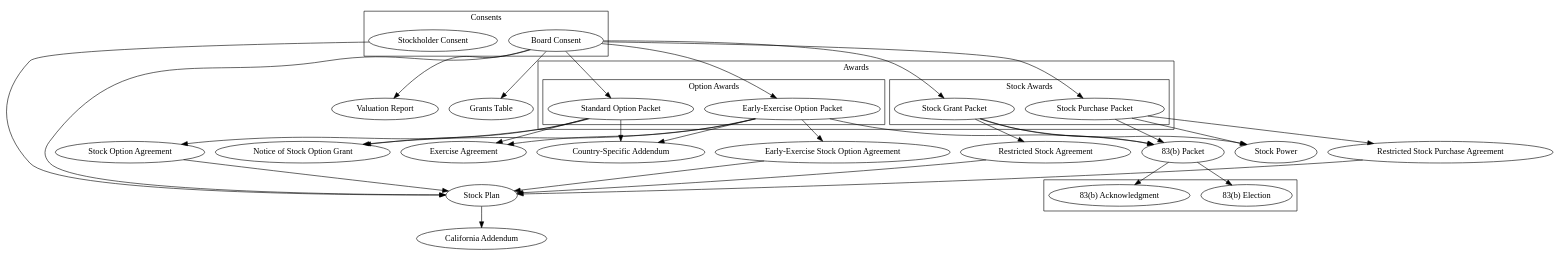
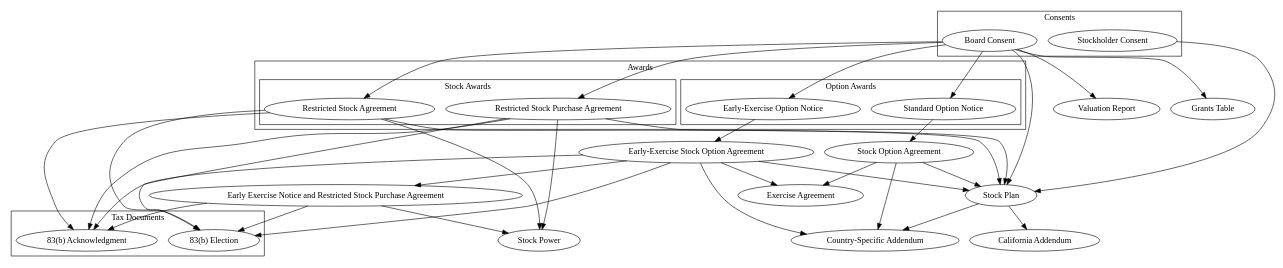
Before and after one commit to kemitchell/stock-plan-graph: the diagram in stock-plan.dot, drawn with Graphviz.

Commit message:
Review and restructure

```diff
--- a/stock-plan.dot
+++ b/stock-plan.dot
@@ -1,75 +1,76 @@
 digraph stockplan {
 
   subgraph cluster_consents {
     label="Consents";
     graph[style=solid];
     "Board Consent";
     "Stockholder Consent";
   }
 
   subgraph cluster_awards {
     label="Awards";
     graph[style=solid];
 
     subgraph cluster_options {
       label="Option Awards";
       graph[style=solid];
-      "Early-Exercise Option Packet";
-      "Standard Option Packet";
+      "Early-Exercise Option Notice";
+      "Standard Option Notice";
     }
 
     subgraph cluster_stock {
       label="Stock Awards";
       graph[style=solid];
-      "Stock Grant Packet";
-      "Stock Purchase Packet";
+      "Restricted Stock Purchase Agreement";
+      "Restricted Stock Agreement";
     }
   }
 
   subgraph cluster_83b {
+    label="Tax Documents";
     "83(b) Acknowledgment";
     "83(b) Election";
   }
 
   "Board Consent" -> "Stock Plan";
-  "Board Consent" -> "Standard Option Packet";
-  "Board Consent" -> "Early-Exercise Option Packet";
-  "Board Consent" -> "Stock Purchase Packet";
-  "Board Consent" -> "Stock Grant Packet";
+  "Board Consent" -> "Standard Option Notice";
+  "Board Consent" -> "Early-Exercise Option Notice";
+  "Board Consent" -> "Restricted Stock Purchase Agreement";
+  "Board Consent" -> "Restricted Stock Agreement";
   "Board Consent" -> "Valuation Report";
   "Board Consent" -> "Grants Table";
 
   "Stockholder Consent" -> "Stock Plan";
 
   "Stock Plan" -> "California Addendum";
+  "Stock Plan" -> "Country-Specific Addendum";
 
-  "Standard Option Packet" -> "Notice of Stock Option Grant";
-  "Standard Option Packet" -> "Stock Option Agreement";
-  "Standard Option Packet" -> "Exercise Agreement";
-  "Standard Option Packet" -> "Country-Specific Addendum";
+  "Standard Option Notice" -> "Stock Option Agreement";
+  "Stock Option Agreement" -> "Exercise Agreement";
+  "Stock Option Agreement" -> "Country-Specific Addendum";
 
   "Stock Option Agreement" -> "Stock Plan";
 
-  "Early-Exercise Option Packet" -> "Notice of Stock Option Grant";
-  "Early-Exercise Option Packet" -> "Early-Exercise Stock Option Agreement";
-  "Early-Exercise Option Packet" -> "Exercise Agreement";
-  "Early-Exercise Option Packet" -> "Country-Specific Addendum";
-  "Early-Exercise Option Packet" -> "83(b) Packet";
+  "Early-Exercise Option Notice" -> "Early-Exercise Stock Option Agreement";
+  "Early-Exercise Stock Option Agreement" -> "Early Exercise Notice and Restricted Stock Purchase Agreement";
+  "Early-Exercise Stock Option Agreement" -> "Exercise Agreement";
+  "Early-Exercise Stock Option Agreement" -> "Country-Specific Addendum";
+  "Early-Exercise Stock Option Agreement" -> "83(b) Acknowledgment";
+  "Early-Exercise Stock Option Agreement" -> "83(b) Election";
+
+  "Early Exercise Notice and Restricted Stock Purchase Agreement" -> "Stock Power";
+  "Early Exercise Notice and Restricted Stock Purchase Agreement" -> "83(b) Acknowledgment";
+  "Early Exercise Notice and Restricted Stock Purchase Agreement" -> "83(b) Election";
 
   "Early-Exercise Stock Option Agreement" -> "Stock Plan";
 
-  "Stock Grant Packet" -> "Restricted Stock Agreement";
-  "Stock Grant Packet" -> "Stock Power";
-  "Stock Grant Packet" -> "83(b) Packet";
-
+  "Restricted Stock Agreement" -> "Stock Power";
+  "Restricted Stock Agreement" -> "83(b) Acknowledgment";
+  "Restricted Stock Agreement" -> "83(b) Election";
   "Restricted Stock Agreement" -> "Stock Plan";
 
-  "Stock Purchase Packet" -> "Restricted Stock Purchase Agreement";
-  "Stock Purchase Packet" -> "Stock Power";
-  "Stock Purchase Packet" -> "83(b) Packet";
-
+  "Restricted Stock Purchase Agreement" -> "Stock Power";
+  "Restricted Stock Purchase Agreement" -> "83(b) Acknowledgment";
+  "Restricted Stock Purchase Agreement" -> "83(b) Election";
   "Restricted Stock Purchase Agreement" -> "Stock Plan";
-
-  "83(b) Packet" -> "83(b) Election";
-  "83(b) Packet" -> "83(b) Acknowledgment";
 }
```
